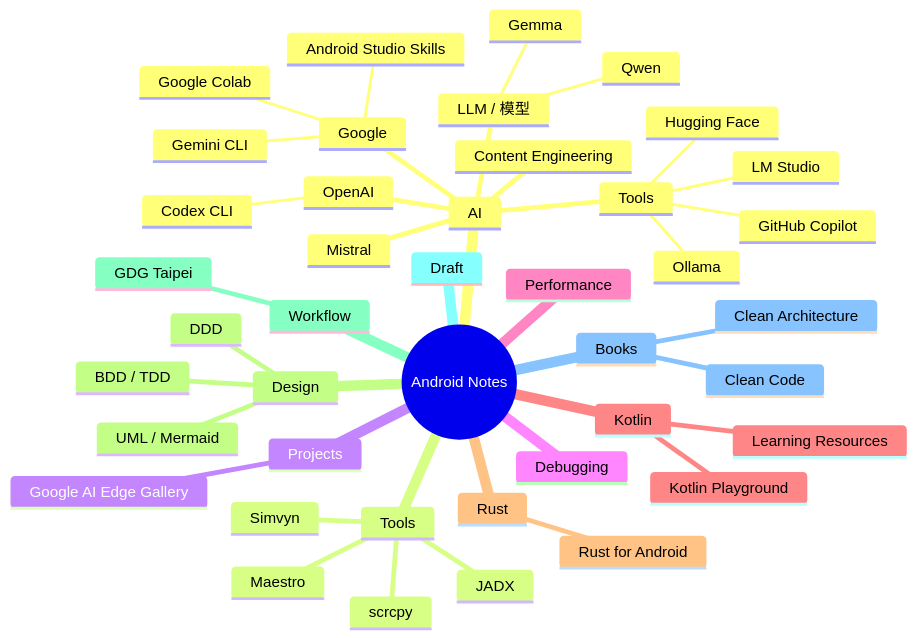
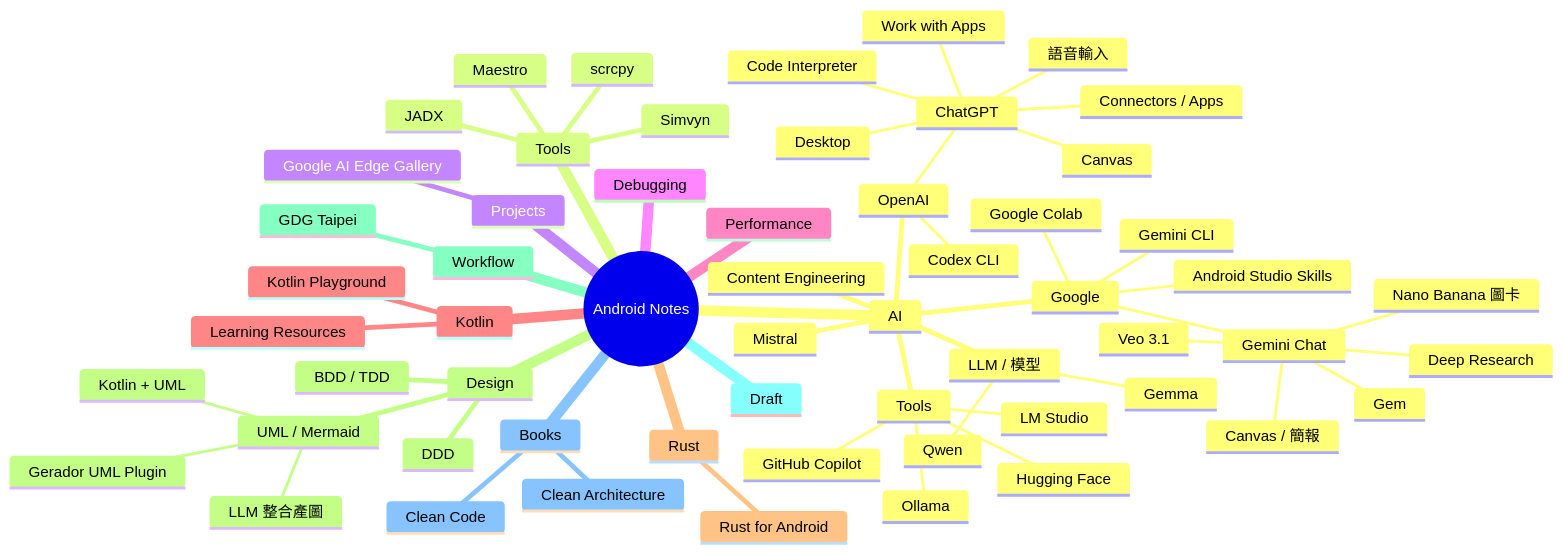
One commit to icools/android changed the diagram in index.md. Above: the diagram before and after it, drawn with Mermaid. The commit also changed 5 other files, not shown here.

```diff
--- a/index.md
+++ b/index.md
@@ -25,45 +25,61 @@
 <pre class="mermaid">
 mindmap
   root((Android Notes))
     AI
       OpenAI
         Codex CLI
+        ChatGPT
+          Code Interpreter
+          Canvas
+          Connectors / Apps
+          Work with Apps
+          Desktop
+          語音輸入
       Google
         Gemini CLI
+        Gemini Chat
+          Canvas / 簡報
+          Deep Research
+          Veo 3.1
+          Nano Banana 圖卡
+          Gem
         Android Studio Skills
         Google Colab
       Mistral
       LLM / 模型
         Gemma
         Qwen
       Tools
         GitHub Copilot
         Hugging Face
         LM Studio
         Ollama
       Content Engineering
     Tools
       scrcpy
       Maestro
       JADX
       Simvyn
     Projects
       Google AI Edge Gallery
     Debugging
     Performance
     Kotlin
       Learning Resources
       Kotlin Playground
     Rust
       Rust for Android
     Design
       BDD / TDD
       DDD
       UML / Mermaid
+        Kotlin + UML
+        LLM 整合產圖
+        Gerador UML Plugin
     Workflow
       GDG Taipei
     Draft
     Books
       Clean Code
       Clean Architecture
 </pre>
```
